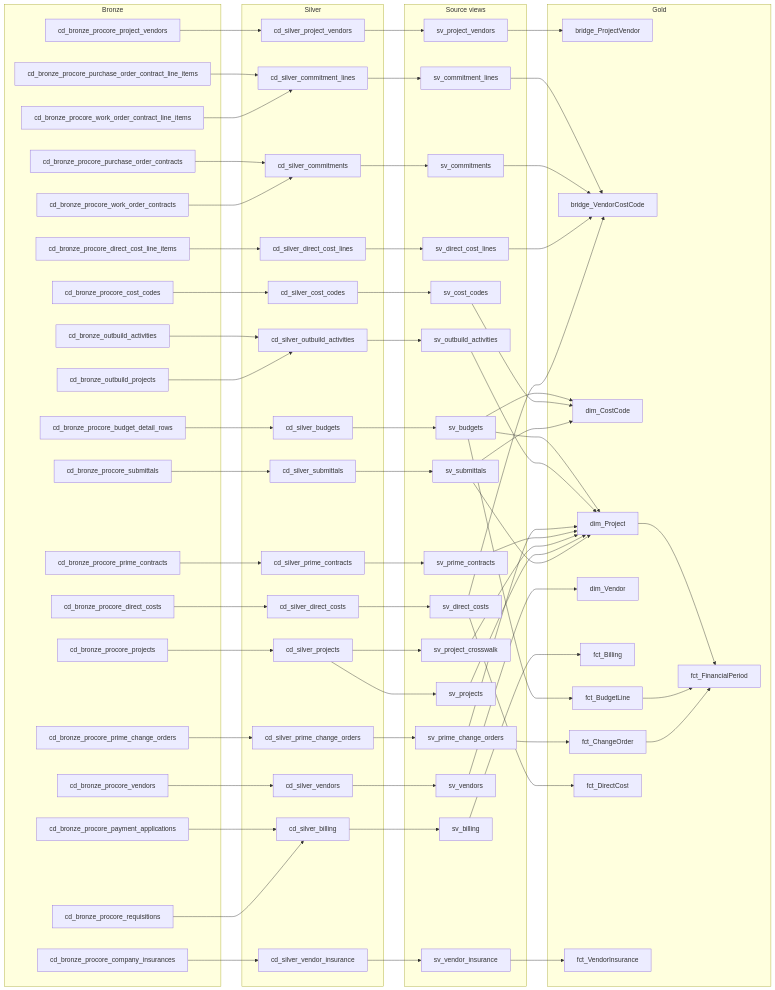
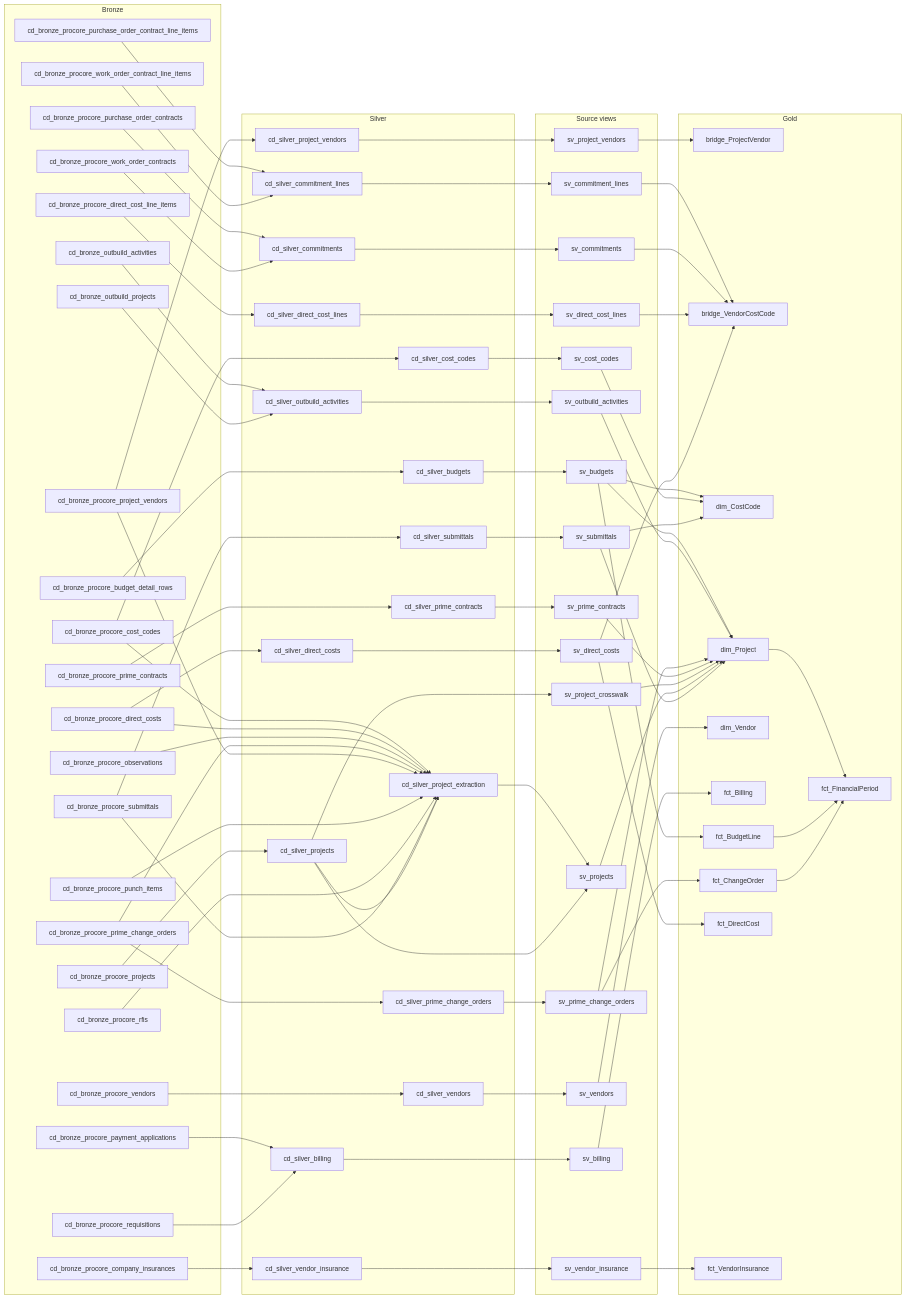
One commit to charley-forey/Affect-Build-Flows changed the first of 5 diagrams in foundation/charley-dev/_docs/data-dictionary.md. Above: the diagram before and after it, drawn with Mermaid. The commit also changed other lines of this file and 26 other files, not shown here.

First line of the commit message:
Tombstone Procore records deleted at source; surface project extraction freshness

```diff
--- a/foundation/charley-dev/_docs/data-dictionary.md
+++ b/foundation/charley-dev/_docs/data-dictionary.md
@@ -32,14 +32,17 @@
     cd_bronze_procore_cost_codes
     cd_bronze_procore_direct_cost_line_items
     cd_bronze_procore_direct_costs
+    cd_bronze_procore_observations
     cd_bronze_procore_payment_applications
     cd_bronze_procore_prime_change_orders
     cd_bronze_procore_prime_contracts
     cd_bronze_procore_project_vendors
     cd_bronze_procore_projects
+    cd_bronze_procore_punch_items
     cd_bronze_procore_purchase_order_contract_line_items
     cd_bronze_procore_purchase_order_contracts
     cd_bronze_procore_requisitions
+    cd_bronze_procore_rfis
     cd_bronze_procore_submittals
     cd_bronze_procore_vendors
     cd_bronze_procore_work_order_contract_line_items
@@ -56,6 +59,7 @@
     cd_silver_outbuild_activities
     cd_silver_prime_change_orders
     cd_silver_prime_contracts
+    cd_silver_project_extraction
     cd_silver_project_vendors
     cd_silver_projects
     cd_silver_submittals
@@ -98,16 +102,24 @@
   cd_bronze_procore_budget_detail_rows --> cd_silver_budgets
   cd_bronze_procore_company_insurances --> cd_silver_vendor_insurance
   cd_bronze_procore_cost_codes --> cd_silver_cost_codes
+  cd_bronze_procore_cost_codes --> cd_silver_project_extraction
   cd_bronze_procore_direct_cost_line_items --> cd_silver_direct_cost_lines
   cd_bronze_procore_direct_costs --> cd_silver_direct_costs
+  cd_bronze_procore_direct_costs --> cd_silver_project_extraction
+  cd_bronze_procore_observations --> cd_silver_project_extraction
   cd_bronze_procore_payment_applications --> cd_silver_billing
   cd_bronze_procore_prime_change_orders --> cd_silver_prime_change_orders
+  cd_bronze_procore_prime_change_orders --> cd_silver_project_extraction
   cd_bronze_procore_prime_contracts --> cd_silver_prime_contracts
+  cd_bronze_procore_project_vendors --> cd_silver_project_extraction
   cd_bronze_procore_project_vendors --> cd_silver_project_vendors
   cd_bronze_procore_projects --> cd_silver_projects
+  cd_bronze_procore_punch_items --> cd_silver_project_extraction
   cd_bronze_procore_purchase_order_contract_line_items --> cd_silver_commitment_lines
   cd_bronze_procore_purchase_order_contracts --> cd_silver_commitments
   cd_bronze_procore_requisitions --> cd_silver_billing
+  cd_bronze_procore_rfis --> cd_silver_project_extraction
+  cd_bronze_procore_submittals --> cd_silver_project_extraction
   cd_bronze_procore_submittals --> cd_silver_submittals
   cd_bronze_procore_vendors --> cd_silver_vendors
   cd_bronze_procore_work_order_contract_line_items --> cd_silver_commitment_lines
@@ -122,7 +134,9 @@
   cd_silver_outbuild_activities --> sv_outbuild_activities
   cd_silver_prime_change_orders --> sv_prime_change_orders
   cd_silver_prime_contracts --> sv_prime_contracts
+  cd_silver_project_extraction --> sv_projects
   cd_silver_project_vendors --> sv_project_vendors
+  cd_silver_projects --> cd_silver_project_extraction
   cd_silver_projects --> sv_project_crosswalk
   cd_silver_projects --> sv_projects
   cd_silver_submittals --> sv_submittals
```
